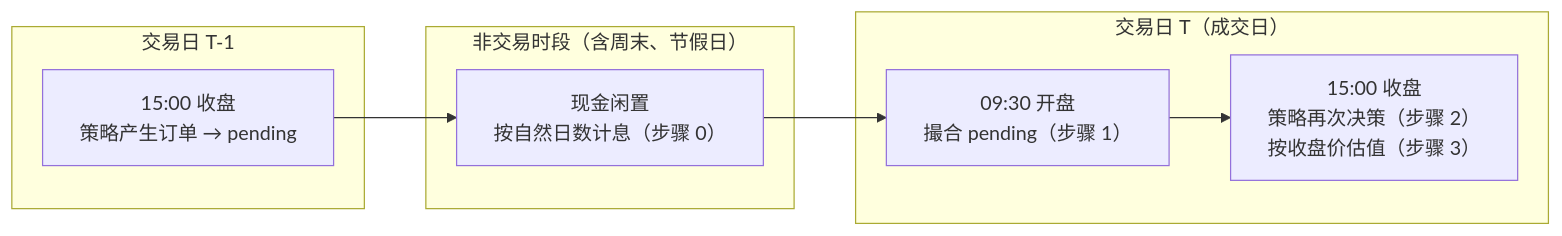
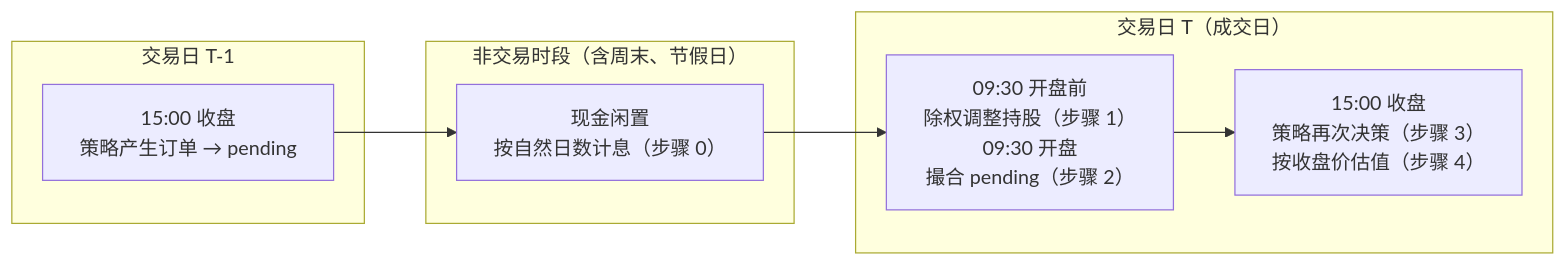
Before and after one commit to guevara12345/quant: diagram 13 of 23 in docs/code-walkthrough.md, drawn with Mermaid. The commit also changed other lines of this file and 11 other files, not shown here.

````diff
--- a/docs/code-walkthrough.md
+++ b/docs/code-walkthrough.md
@@ -573,15 +586,15 @@
 ```mermaid
 flowchart LR
     subgraph T0["交易日 T-1"]
         C0["15:00 收盘<br/>策略产生订单 → pending"]
     end
     subgraph Gap["非交易时段（含周末、节假日）"]
         I["现金闲置<br/>按自然日数计息（步骤 0）"]
     end
     subgraph T1["交易日 T（成交日）"]
-        O1["09:30 开盘<br/>撮合 pending（步骤 1）"]
-        C1["15:00 收盘<br/>策略再次决策（步骤 2）<br/>按收盘价估值（步骤 3）"]
+        O1["09:30 开盘前<br/>除权调整持股（步骤 1）<br/>09:30 开盘<br/>撮合 pending（步骤 2）"]
+        C1["15:00 收盘<br/>策略再次决策（步骤 3）<br/>按收盘价估值（步骤 4）"]
         O1 --> C1
     end
     C0 --> I --> O1
 ```
````
